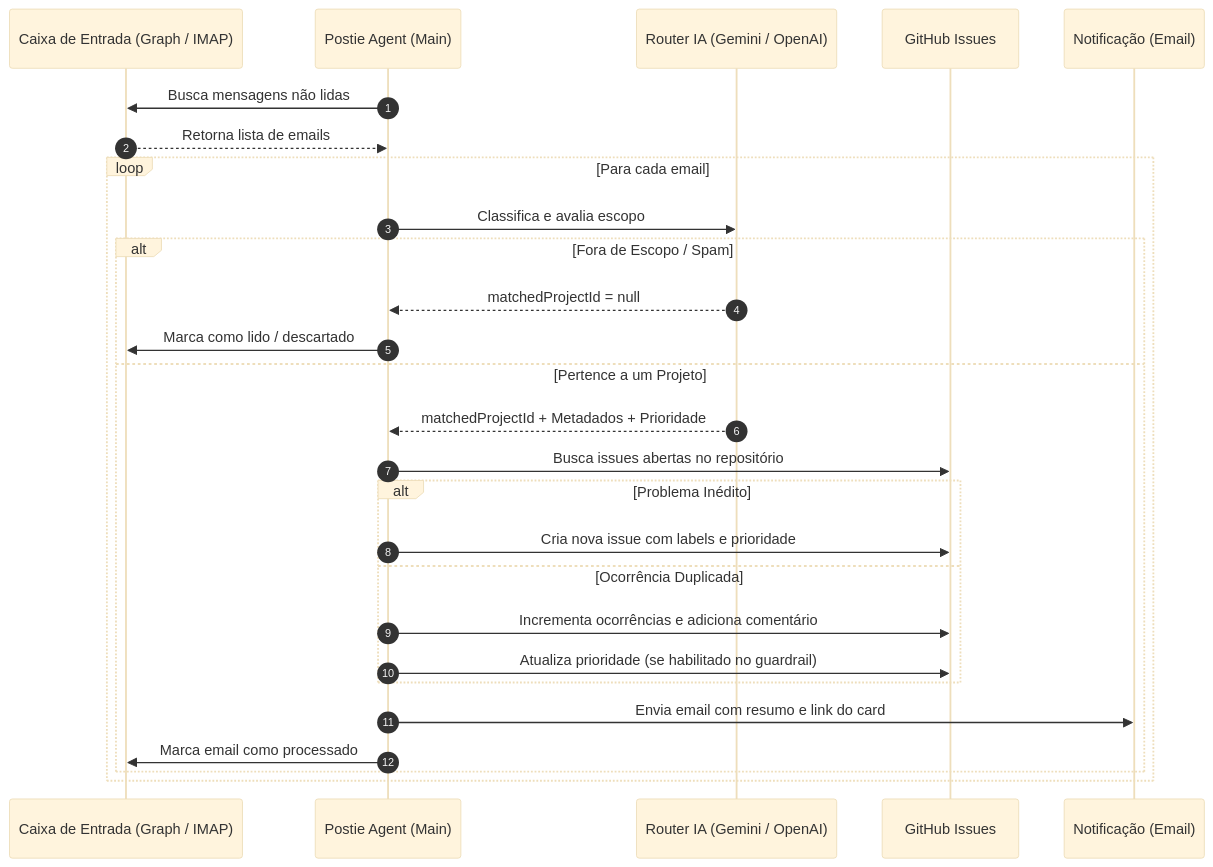
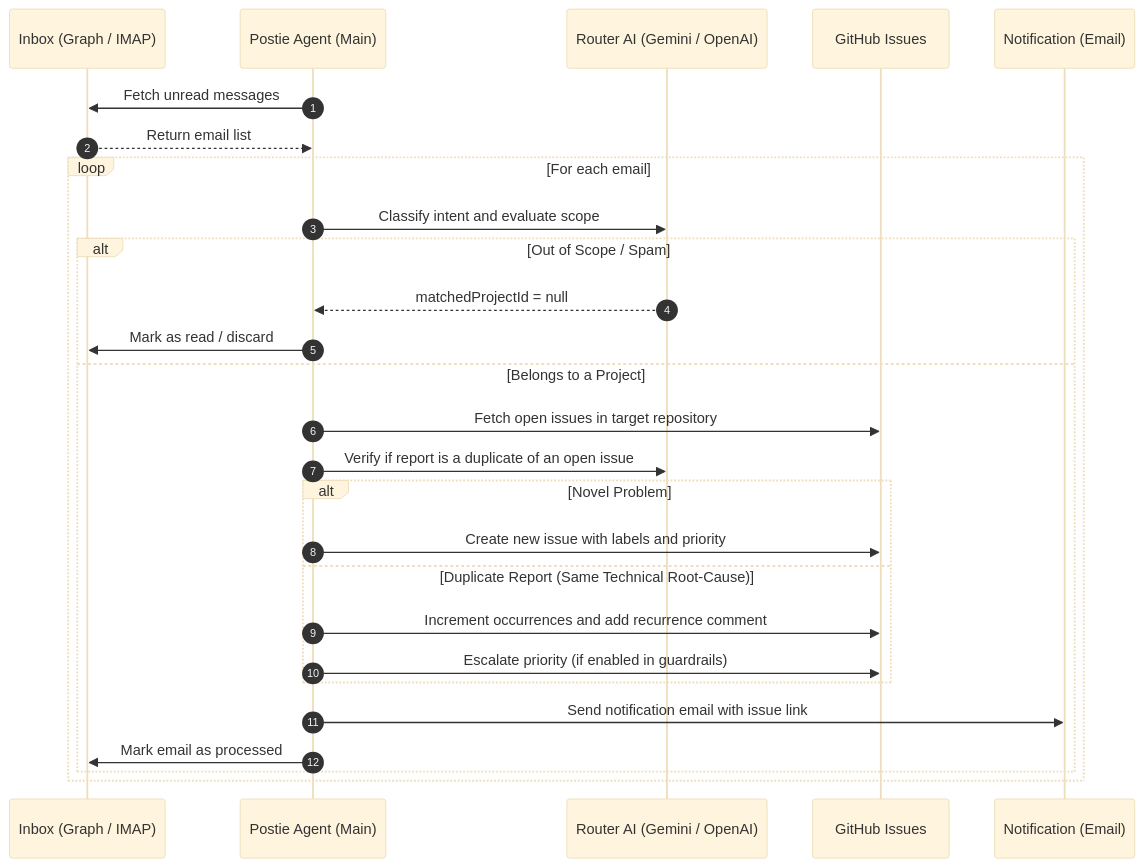
Before and after one commit to tlsamaral/postie: the second of 2 diagrams in README.md, drawn with Mermaid (base theme). The commit also changed other lines of this file and 1 other file, not shown here.

````diff
--- a/README.md
+++ b/README.md
@@ -255,30 +253,30 @@
 ```mermaid
 sequenceDiagram
     autonumber
-    participant Email as Caixa de Entrada (Graph / IMAP)
+    participant Email as Inbox (Graph / IMAP)
     participant Agent as Postie Agent (Main)
-    participant AI as Router IA (Gemini / OpenAI)
+    participant AI as Router AI (Gemini / OpenAI)
     participant Tracker as GitHub Issues
-    participant Team as Notificação (Email)
+    participant Team as Notification (Email)
 
-    Agent->>Email: Busca mensagens não lidas
-    Email-->>Agent: Retorna lista de emails
-    loop Para cada email
-        Agent->>AI: Classifica e avalia escopo
-        alt Fora de Escopo / Spam
+    Agent->>Email: Fetch unread messages
+    Email-->>Agent: Return email list
+    loop For each email
+        Agent->>AI: Classify intent and evaluate scope
+        alt Out of Scope / Spam
             AI-->>Agent: matchedProjectId = null
-            Agent->>Email: Marca como lido / descartado
-        else Pertence a um Projeto
-            AI-->>Agent: matchedProjectId + Metadados + Prioridade
-            Agent->>Tracker: Busca issues abertas no repositório
-            alt Problema Inédito
-                Agent->>Tracker: Cria nova issue com labels e prioridade
-            else Ocorrência Duplicada
-                Agent->>Tracker: Incrementa ocorrências e adiciona comentário
-                Agent->>Tracker: Atualiza prioridade (se habilitado no guardrail)
+            Agent->>Email: Mark as read / discard
+        else Belongs to a Project
+            Agent->>Tracker: Fetch open issues in target repository
+            Agent->>AI: Verify if report is a duplicate of an open issue
+            alt Novel Problem
+                Agent->>Tracker: Create new issue with labels and priority
+            else Duplicate Report (Same Technical Root-Cause)
+                Agent->>Tracker: Increment occurrences and add recurrence comment
+                Agent->>Tracker: Escalate priority (if enabled in guardrails)
             end
-            Agent->>Team: Envia email com resumo e link do card
-            Agent->>Email: Marca email como processado
+            Agent->>Team: Send notification email with issue link
+            Agent->>Email: Mark email as processed
         end
     end
 ```
````
